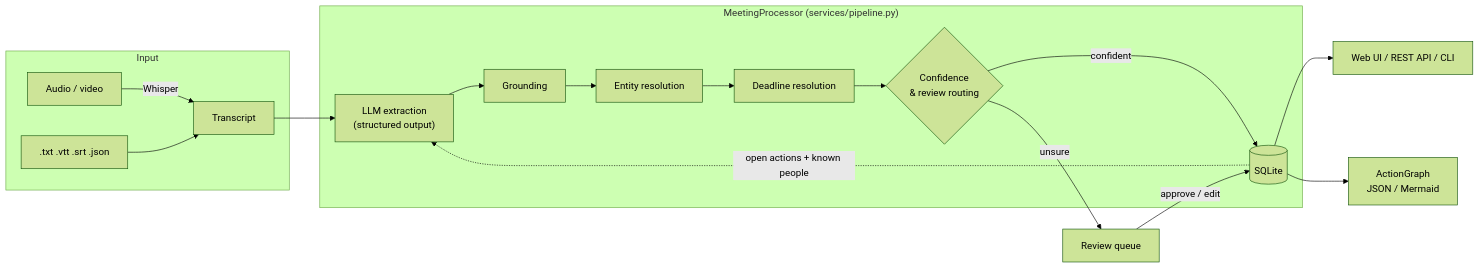
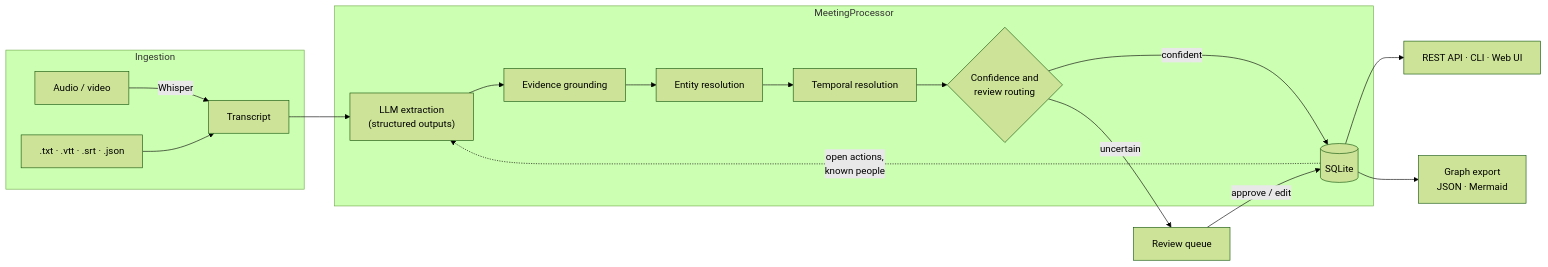
One commit to satyaidk/meeting-intelligence-llm changed the diagram in README.md. Above: the diagram before and after it, drawn with Mermaid (forest theme). The commit also changed other lines of this file and 13 other files, not shown here.

````diff
--- a/README.md
+++ b/README.md
@@ -77,19 +91,19 @@
 ```mermaid
 flowchart LR
-    subgraph Input
-        A[Audio / video] -->|Whisper| T
-        F[.txt .vtt .srt .json] --> T[Transcript]
+    subgraph Ingestion
+        A[Audio / video] -->|Whisper| T[Transcript]
+        F[.txt · .vtt · .srt · .json] --> T
     end
-    subgraph Pipeline["MeetingProcessor (services/pipeline.py)"]
-        T --> X["LLM extraction<br/>(structured output)"]
-        DB[(SQLite)] -. open actions + known people .-> X
-        X --> G[Grounding]
+    subgraph Pipeline["MeetingProcessor"]
+        T --> X["LLM extraction<br/>(structured outputs)"]
+        DB[(SQLite)] -. open actions,<br/>known people .-> X
+        X --> G[Evidence grounding]
         G --> E[Entity resolution]
-        E --> D[Deadline resolution]
-        D --> C{Confidence<br/>& review routing}
+        E --> D[Temporal resolution]
+        D --> C{Confidence and<br/>review routing}
     end
     C -->|confident| DB
-    C -->|unsure| R[Review queue] -->|approve / edit| DB
-    DB --> UI[Web UI / REST API / CLI]
-    DB --> GR[ActionGraph<br/>JSON / Mermaid]
+    C -->|uncertain| R[Review queue] -->|approve / edit| DB
+    DB --> I[REST API · CLI · Web UI]
+    DB --> GR[Graph export<br/>JSON · Mermaid]
 ```
````
